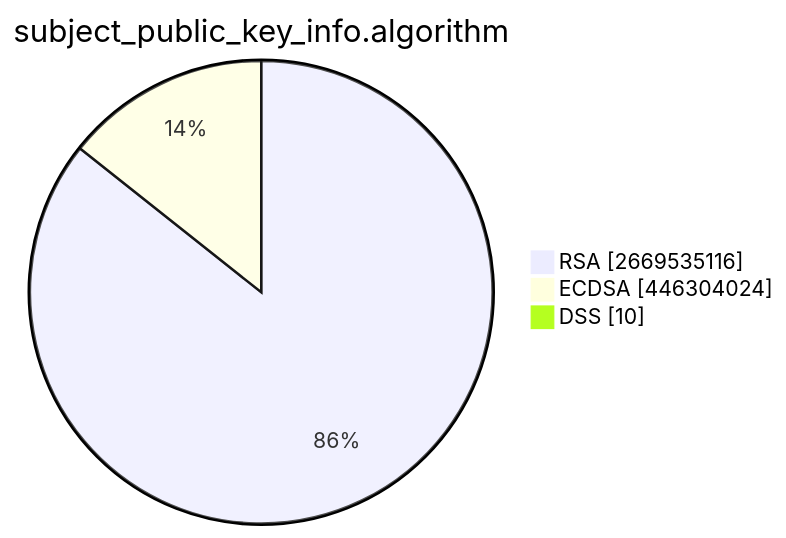
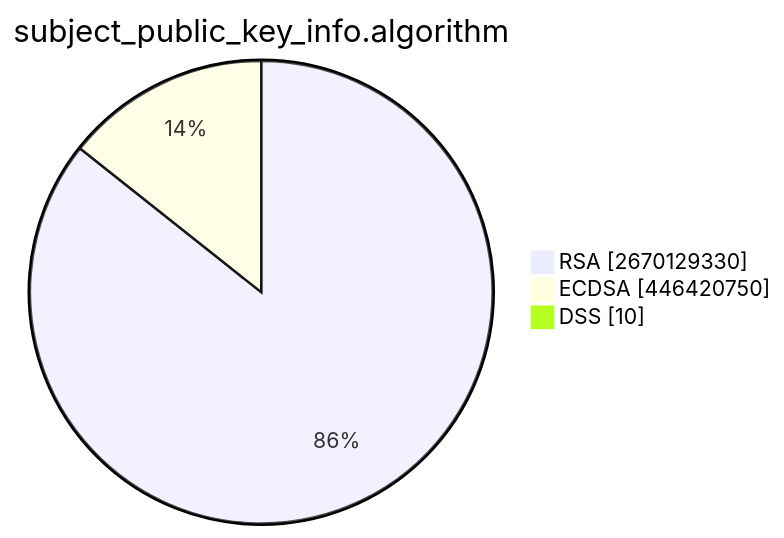
One commit to christiankrug/ctmonitor_visualization changed the second of 15 diagrams in TOTAL/README.md. Above: the diagram before and after it, drawn with Mermaid. The commit also changed other lines of this file, not shown here.

````diff
--- a/TOTAL/README.md
+++ b/TOTAL/README.md
@@ -6,7 +6,7 @@
 ```mermaid
 pie showData
 title subject_public_key_info.algorithm
-"RSA" :2669535116
-"ECDSA" :446304024
+"RSA" :2670129330
+"ECDSA" :446420750
 "DSS" :10
 ```
````
